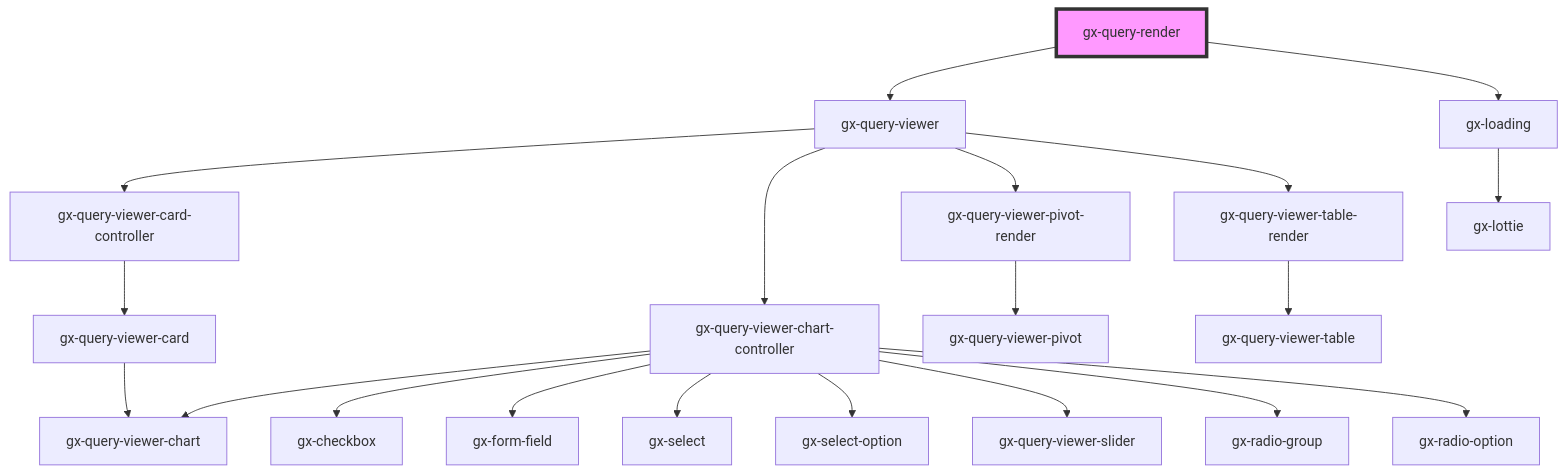
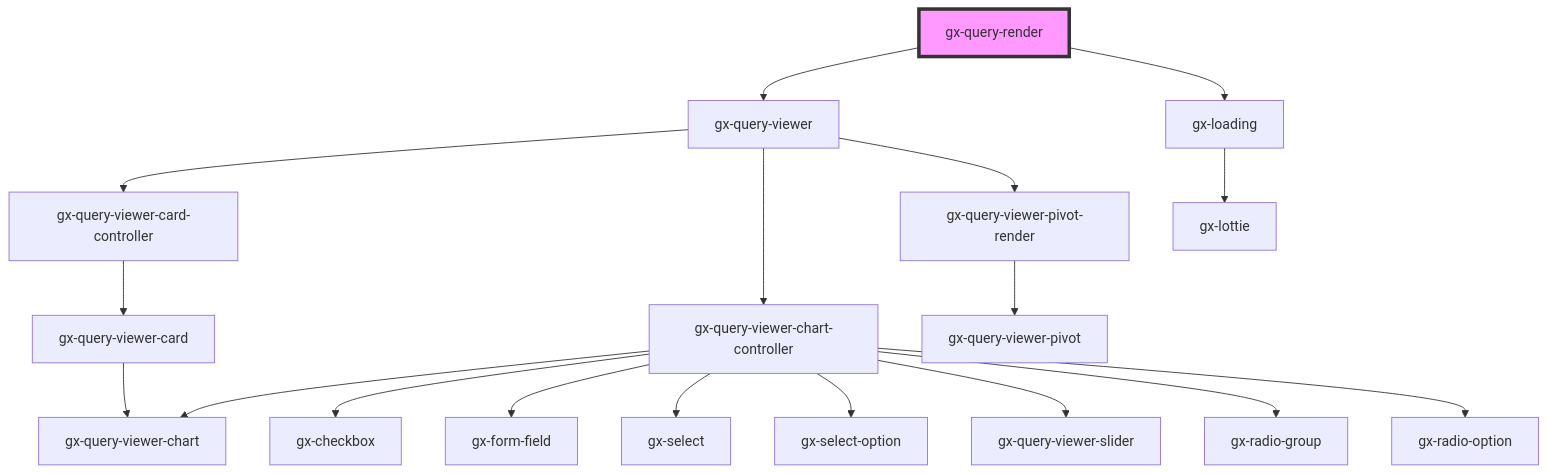
Before and after one commit to genexuslabs/reporting-controls-library: the diagram in src/components/gx-query/query-render/readme.md, drawn with Mermaid. The commit also changed 6 other files, not shown here.

````diff
--- a/src/components/gx-query/query-render/readme.md
+++ b/src/components/gx-query/query-render/readme.md
@@ -40,23 +40,21 @@
 ```mermaid
 graph TD;
   gx-query-render --> gx-query-viewer
   gx-query-render --> gx-loading
   gx-query-viewer --> gx-query-viewer-card-controller
   gx-query-viewer --> gx-query-viewer-chart-controller
   gx-query-viewer --> gx-query-viewer-pivot-render
-  gx-query-viewer --> gx-query-viewer-table-render
   gx-query-viewer-card-controller --> gx-query-viewer-card
   gx-query-viewer-card --> gx-query-viewer-chart
   gx-query-viewer-chart-controller --> gx-query-viewer-chart
   gx-query-viewer-chart-controller --> gx-checkbox
   gx-query-viewer-chart-controller --> gx-form-field
   gx-query-viewer-chart-controller --> gx-select
   gx-query-viewer-chart-controller --> gx-select-option
   gx-query-viewer-chart-controller --> gx-query-viewer-slider
   gx-query-viewer-chart-controller --> gx-radio-group
   gx-query-viewer-chart-controller --> gx-radio-option
   gx-query-viewer-pivot-render --> gx-query-viewer-pivot
-  gx-query-viewer-table-render --> gx-query-viewer-table
   gx-loading --> gx-lottie
   style gx-query-render fill:#f9f,stroke:#333,stroke-width:4px
 ```
````
